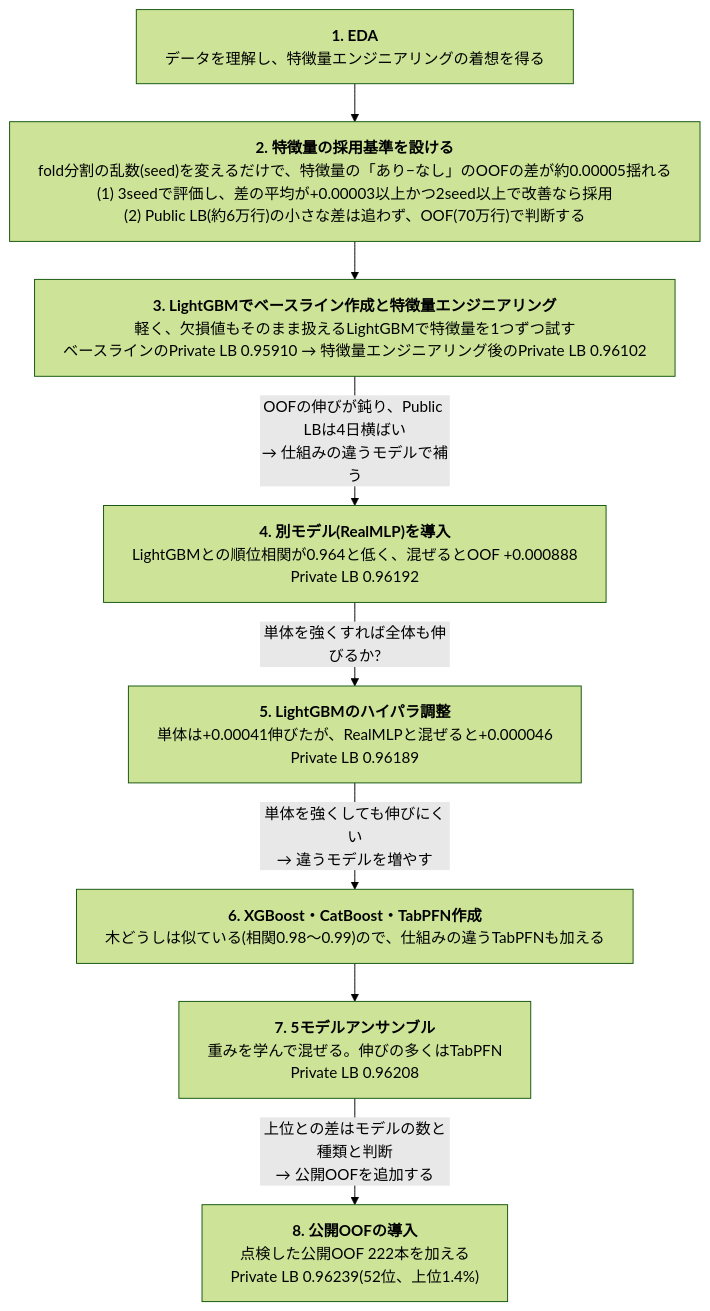
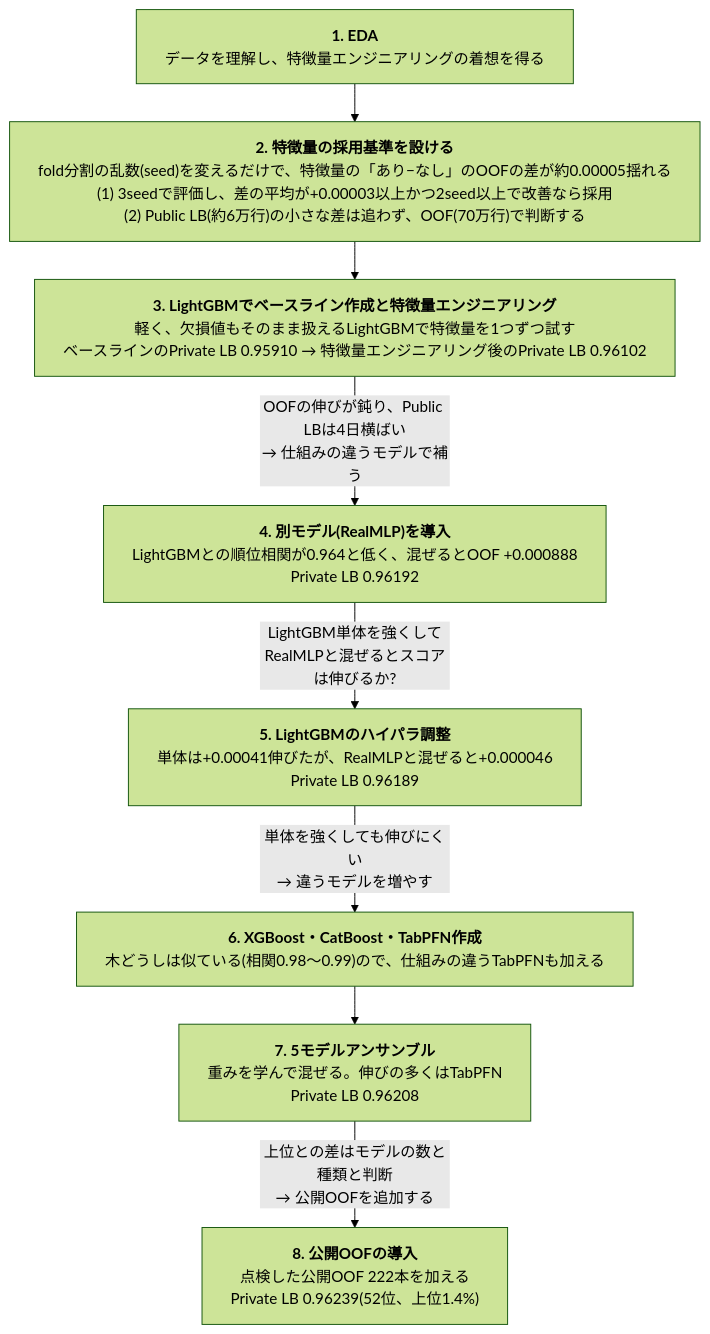
One commit to aramaki5443-art/kaggle-s6e10-airline-satisfaction changed the first of 3 diagrams in README.md. Above: the diagram before and after it, drawn with Mermaid (forest theme).

Commit message:
README: フロー図4→5のラベルを修正
Claude-Session: https://claude.ai/code/session_01W4XQw12fApd9PttvvKTwbS

````diff
--- a/README.md
+++ b/README.md
@@ -21,23 +21,23 @@
 ```mermaid
 ---
 config:
   flowchart:
     wrappingWidth: 800
     rankSpacing: 40
 ---
 flowchart TD
   S1["<b>1. EDA</b><br>データを理解し、特徴量エンジニアリングの着想を得る"]
   SC["<b>2. 特徴量の採用基準を設ける</b><br>fold分割の乱数(seed)を変えるだけで、特徴量の「あり−なし」のOOFの差が約0.00005揺れる<br>(1) 3seedで評価し、差の平均が+0.00003以上かつ2seed以上で改善なら採用<br>(2) Public LB(約6万行)の小さな差は追わず、OOF(70万行)で判断する"]
   S2["<b>3. LightGBMでベースライン作成と特徴量エンジニアリング</b><br>軽く、欠損値もそのまま扱えるLightGBMで特徴量を1つずつ試す<br>ベースラインのPrivate LB 0.95910 → 特徴量エンジニアリング後のPrivate LB 0.96102"]
   S3["<b>4. 別モデル(RealMLP)を導入</b><br>LightGBMとの順位相関が0.964と低く、混ぜるとOOF +0.000888<br>Private LB 0.96192"]
   S4["<b>5. LightGBMのハイパラ調整</b><br>単体は+0.00041伸びたが、RealMLPと混ぜると+0.000046<br>Private LB 0.96189"]
   S5["<b>6. XGBoost・CatBoost・TabPFN作成</b><br>木どうしは似ている(相関0.98〜0.99)ので、仕組みの違うTabPFNも加える"]
   S6["<b>7. 5モデルアンサンブル</b><br>重みを学んで混ぜる。伸びの多くはTabPFN<br>Private LB 0.96208"]
   S7["<b>8. 公開OOFの導入</b><br>点検した公開OOF 222本を加える<br>Private LB 0.96239(52位、上位1.4%)"]
   S1 --> SC --> S2
   S2 -->|"OOFの伸びが鈍り、Public LBは4日横ばい<br>→ 仕組みの違うモデルで補う"| S3
-  S3 -->|"単体を強くすれば全体も伸びるか?"| S4
+  S3 -->|"LightGBM単体を強くしてRealMLPと混ぜるとスコアは伸びるか?"| S4
   S4 -->|"単体を強くしても伸びにくい<br>→ 違うモデルを増やす"| S5
   S5 --> S6
   S6 -->|"上位との差はモデルの数と種類と判断<br>→ 公開OOFを追加する"| S7
 ```
````
